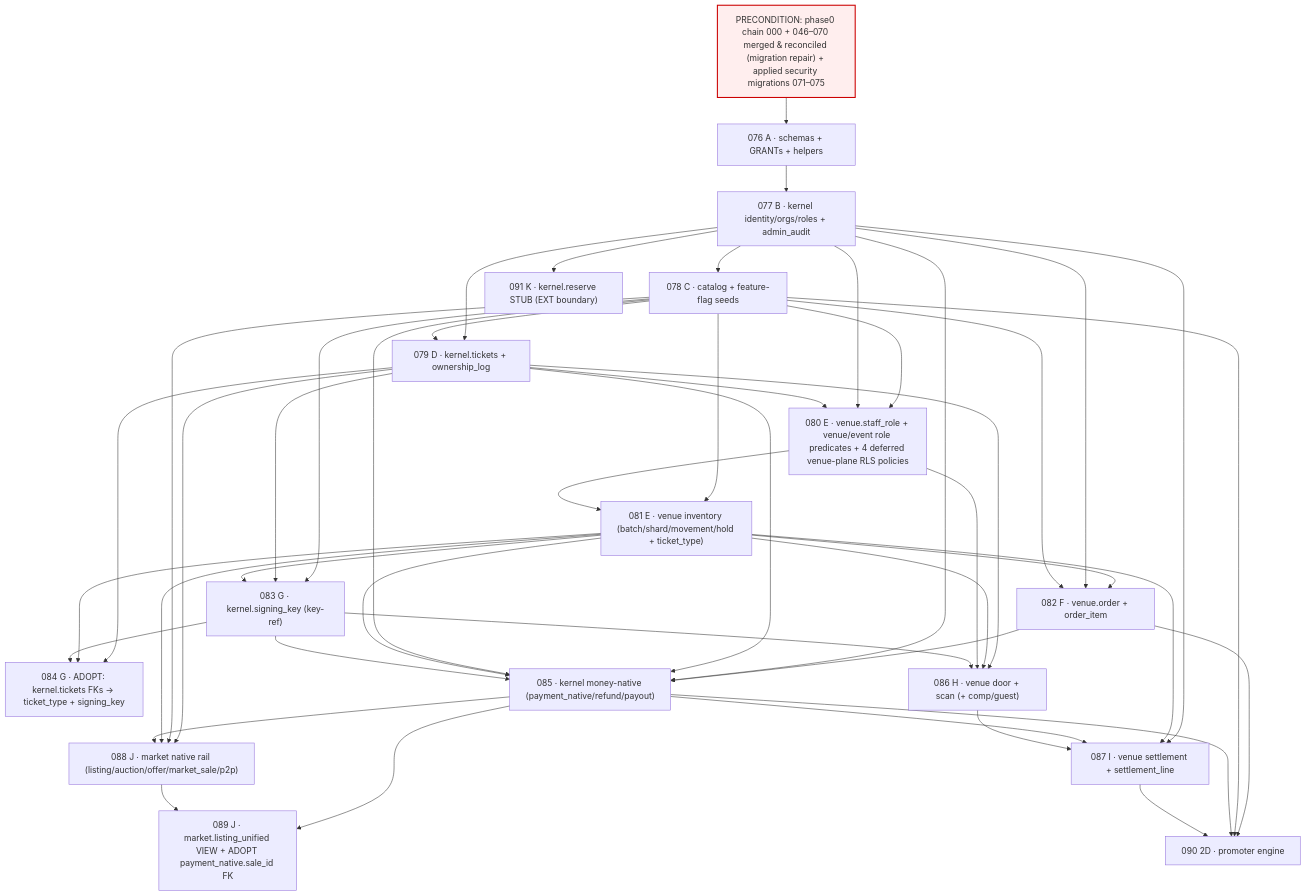
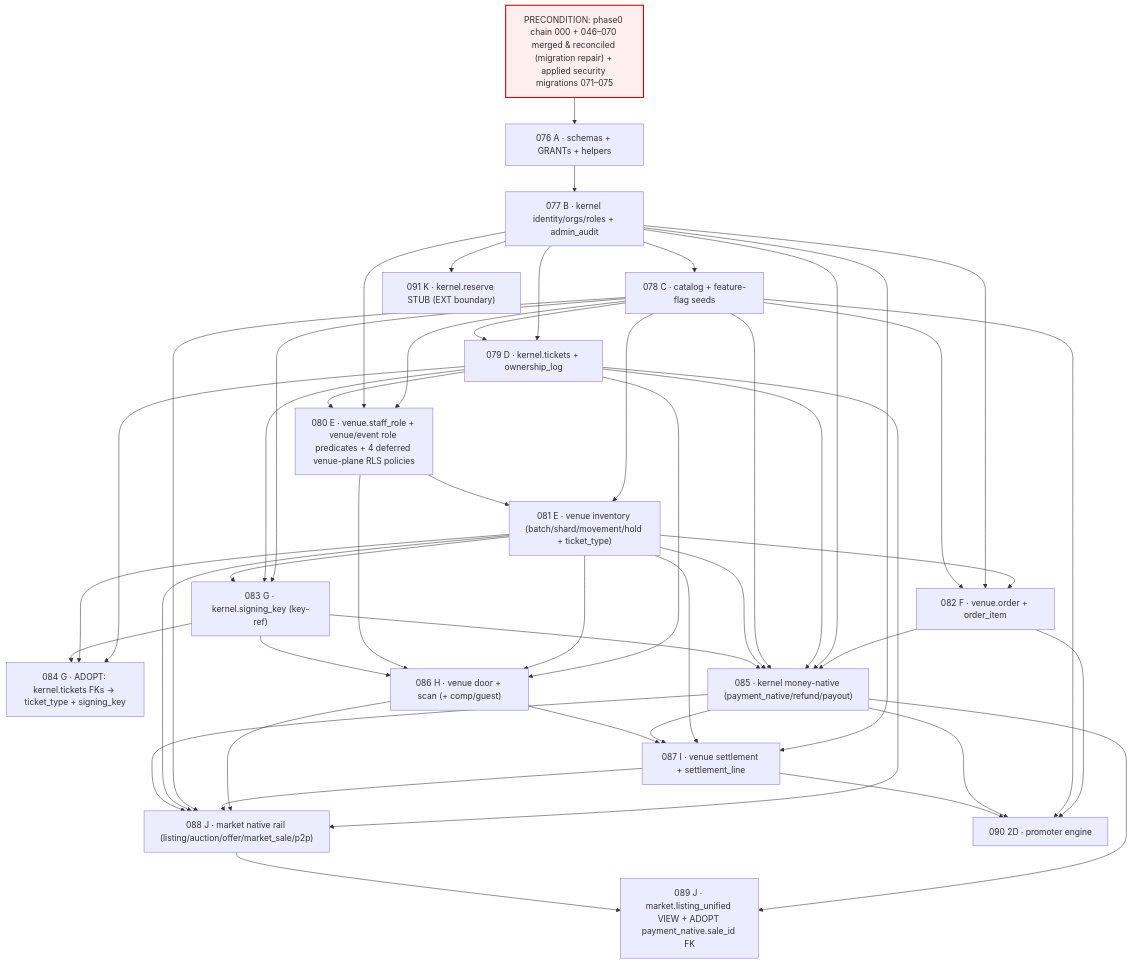
Before and after one commit to SnatchIt-app/snatchit: the diagram in docs/architecture/PHASE_2_SUPABASE_MIGRATION_PLAN.md, drawn with Mermaid. The commit also changed other lines of this file and 2 other files, not shown here.

````diff
--- a/docs/architecture/PHASE_2_SUPABASE_MIGRATION_PLAN.md
+++ b/docs/architecture/PHASE_2_SUPABASE_MIGRATION_PLAN.md
@@ -292,65 +297,67 @@
 ```mermaid
 graph TD
     P0["PRECONDITION: phase0 chain 000 + 046–070 merged & reconciled (migration repair) + applied security migrations 071–075"]:::pre
 
     A076["076 A · schemas + GRANTs + helpers"]
     B077["077 B · kernel identity/orgs/roles + admin_audit"]
     C078["078 C · catalog + feature-flag seeds"]
     D079["079 D · kernel.tickets + ownership_log"]
     E080["080 E · venue.staff_role + venue/event role predicates + 4 deferred venue-plane RLS policies"]
     E081["081 E · venue inventory (batch/shard/movement/hold + ticket_type)"]
     F082["082 F · venue.order + order_item"]
     G083["083 G · kernel.signing_key (key-ref)"]
     G084["084 G · ADOPT: kernel.tickets FKs → ticket_type + signing_key"]
     M085["085 · kernel money-native (payment_native/refund/payout)"]
     H086["086 H · venue door + scan (+ comp/guest)"]
     I087["087 I · venue settlement + settlement_line"]
     J088["088 J · market native rail (listing/auction/offer/market_sale/p2p)"]
     J089["089 J · market.listing_unified VIEW + ADOPT payment_native.sale_id FK"]
     D090["090 2D · promoter engine"]
     K091["091 K · kernel.reserve STUB (EXT boundary)"]
 
     P0 --> A076 --> B077 --> C078
     B077 --> D079
     C078 --> D079
     C078 --> E080
     B077 --> E080
     D079 --> E080
     C078 --> E081
     E080 --> E081
     E081 --> F082
     B077 --> F082
     C078 --> F082
     C078 --> G083
     D079 --> G083
     E081 --> G083
     D079 --> G084
     E081 --> G084
     G083 --> G084
     F082 --> M085
     B077 --> M085
     D079 --> M085
     C078 --> M085
     E081 --> M085
     G083 --> M085
     D079 --> H086
     E081 --> H086
     E080 --> H086
     G083 --> H086
     B077 --> I087
     E081 --> I087
     M085 --> I087
     H086 --> I087
     D079 --> J088
+    H086 --> J088
+    I087 --> J088
     C078 --> J088
     E081 --> J088
     M085 --> J088
     M085 --> J089
     J088 --> J089
     F082 --> D090
     C078 --> D090
     M085 --> D090
     I087 --> D090
     B077 --> K091
     classDef pre fill:#fee,stroke:#c00,stroke-width:2px;
 ```
````
